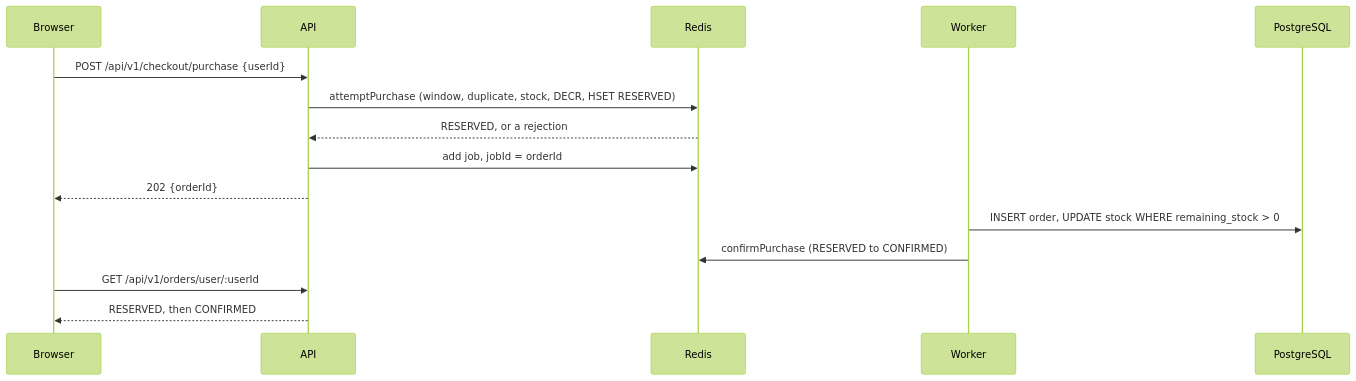
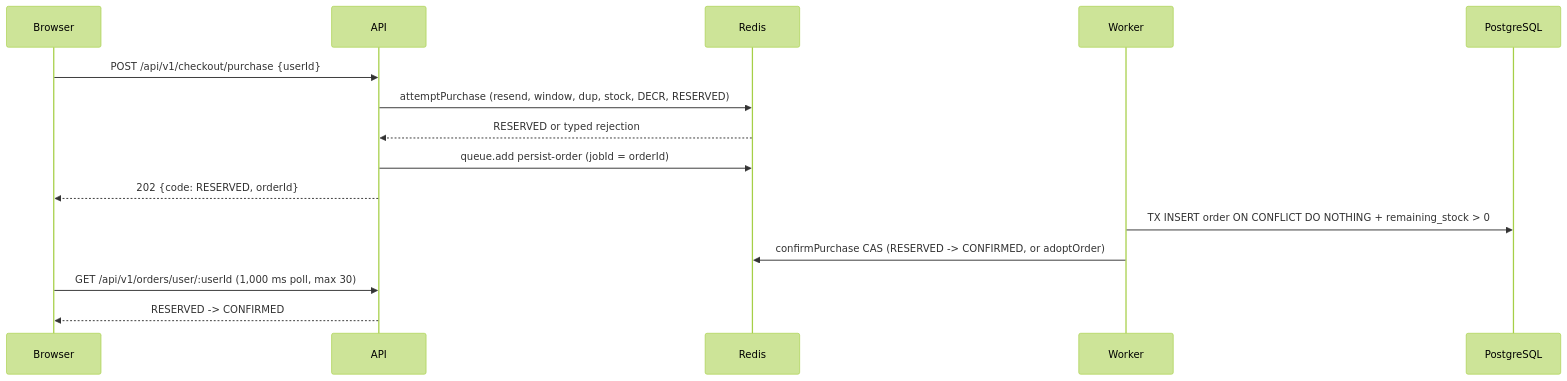
Before and after one commit to minhhieple97/flash-sale-system: the second of 2 diagrams in README.md, drawn with Mermaid (forest theme). The commit also changed other lines of this file and 9 other files, not shown here.

Commit message:
docs: condense README and sync architecture, fault-tolerance, and benchmark docs

````diff
--- a/README.md
+++ b/README.md
@@ -80,12 +56,12 @@
 ```mermaid
 sequenceDiagram
     Browser->>API: POST /api/v1/checkout/purchase {userId}
-    API->>Redis: attemptPurchase (window, duplicate, stock, DECR, HSET RESERVED)
-    Redis-->>API: RESERVED, or a rejection
-    API->>Redis: add job, jobId = orderId
-    API-->>Browser: 202 {orderId}
-    Worker->>PostgreSQL: INSERT order, UPDATE stock WHERE remaining_stock > 0
-    Worker->>Redis: confirmPurchase (RESERVED to CONFIRMED)
-    Browser->>API: GET /api/v1/orders/user/:userId
-    API-->>Browser: RESERVED, then CONFIRMED
+    API->>Redis: attemptPurchase (resend, window, dup, stock, DECR, RESERVED)
+    Redis-->>API: RESERVED or typed rejection
+    API->>Redis: queue.add persist-order (jobId = orderId)
+    API-->>Browser: 202 {code: RESERVED, orderId}
+    Worker->>PostgreSQL: TX INSERT order ON CONFLICT DO NOTHING + remaining_stock > 0
+    Worker->>Redis: confirmPurchase CAS (RESERVED -> CONFIRMED, or adoptOrder)
+    Browser->>API: GET /api/v1/orders/user/:userId (1,000 ms poll, max 30)
+    API-->>Browser: RESERVED -> CONFIRMED
 ```
````
